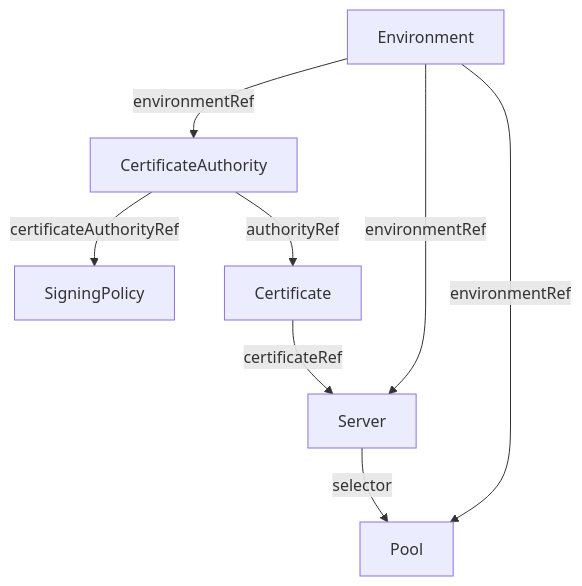
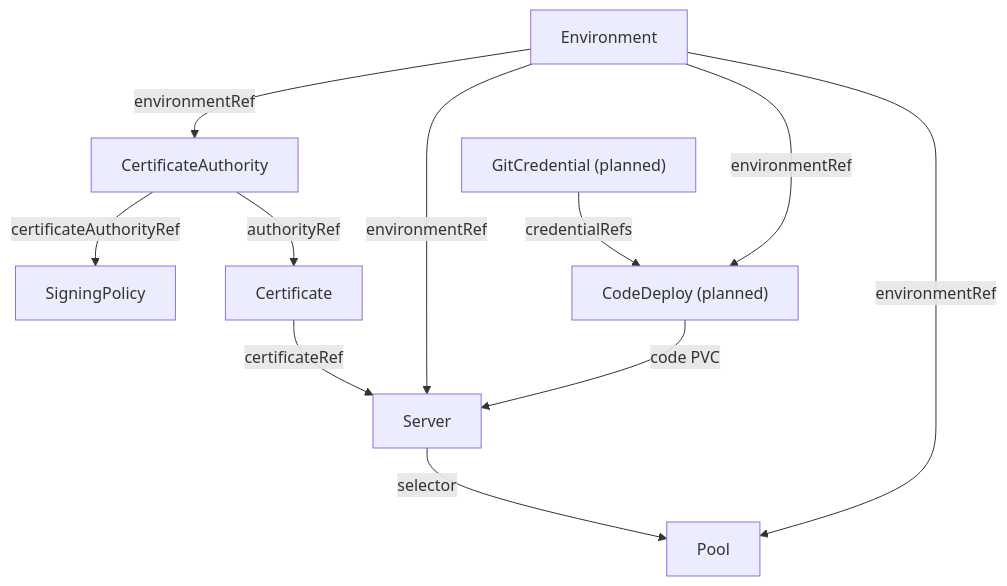
Before and after one commit to slauger/openvox-operator: the diagram in docs/reference/index.md, drawn with Mermaid. The commit also changed other lines of this file and 3 other files, not shown here.

Commit message:
docs: update architecture and reference docs for CodeDeploy CRD

````diff
--- a/docs/reference/index.md
+++ b/docs/reference/index.md
@@ -7,17 +7,22 @@
 ```mermaid
 graph TD
     Env["Environment"]
     CA["CertificateAuthority"]
     SP["SigningPolicy"]
     Cert["Certificate"]
     Srv["Server"]
     Pool["Pool"]
+    CD["CodeDeploy (planned)"]
+    GC["GitCredential (planned)"]
 
     Env -->|environmentRef| CA
     CA -->|certificateAuthorityRef| SP
     CA -->|authorityRef| Cert
     Cert -->|certificateRef| Srv
     Env -->|environmentRef| Srv
     Srv -->|selector| Pool
     Env -->|environmentRef| Pool
+    CD -->|"code PVC"| Srv
+    GC -->|credentialRefs| CD
+    Env -->|environmentRef| CD
 ```
````
